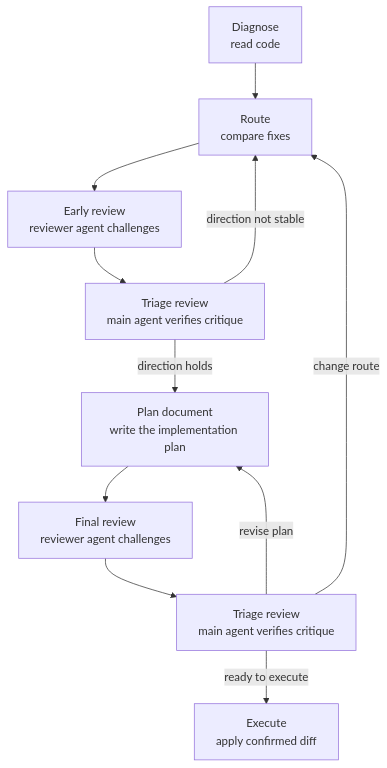
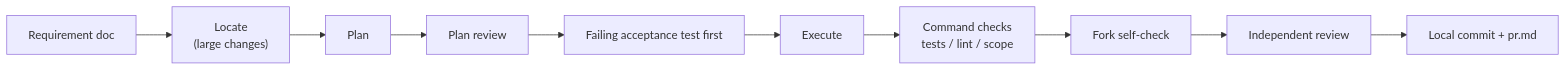
Before and after one commit to mafirs/evidence-first: the diagram in README.md, drawn with Mermaid. The commit also changed other lines of this file and 106 other files, not shown here.

First line of the commit message:
feat!: replace the ef-* templates with the dev-flow skill

````diff
--- a/README.md
+++ b/README.md
@@ -89,13 +15,6 @@
 ```mermaid
-flowchart TD
-  A["Diagnose\nread code"] --> B["Route\ncompare fixes"]
-  B --> C["Early review\nreviewer agent challenges"]
-  C --> D["Triage review\nmain agent verifies critique"]
-  D -->|direction not stable| B
-  D -->|direction holds| E["Plan document\nwrite the implementation plan"]
-  E --> F["Final review\nreviewer agent challenges"]
-  F --> G["Triage review\nmain agent verifies critique"]
-  G -->|revise plan| E
-  G -->|change route| B
-  G -->|ready to execute| H["Execute\napply confirmed diff"]
+flowchart LR
+  A["Requirement doc"] --> B["Locate<br>(large changes)"] --> C["Plan"] --> D["Plan review"]
+  D --> E["Failing acceptance test first"] --> F["Execute"] --> G["Command checks<br>tests / lint / scope"]
+  G --> H["Fork self-check"] --> I["Independent review"] --> J["Local commit + pr.md"]
 ```
````
